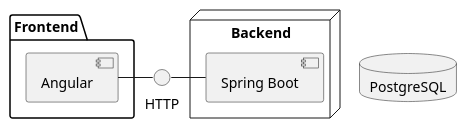
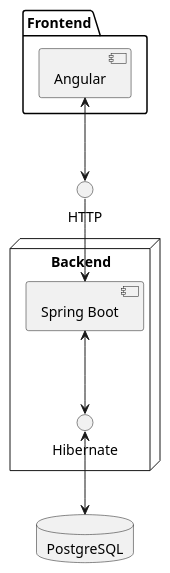
One commit to geyuqiu/spermMeetsEggPlan changed the diagram in arc42/puml/architecture.puml. Above: the diagram before and after it, drawn with PlantUML. The commit also changed 2 other files, not shown here.

```diff
--- a/arc42/puml/architecture.puml
+++ b/arc42/puml/architecture.puml
@@ -1,35 +1,23 @@
 @startuml
 
 package "Frontend" {
   [Angular]
 '  [Another Component]
 }
 
-[Angular] - HTTP
+[Angular] <--> HTTP
 
 
 node "Backend" {
   [Spring Boot]
-'  [Angular] --> FTP
+  [Spring Boot] <--> Hibernate
 }
 
-HTTP - [Spring Boot]
-'cloud {
-'  [Example 1]
-'}
+HTTP --> [Spring Boot]
+Hibernate <--> [PostgreSQL]
 
 database "PostgreSQL" {
-'  folder "This is my folder" {
-'    [Folder 3]
-'  }
-'  frame "Foo" {
-'    [Frame 4]
-'  }
 }
 
 
-'[Another Component] --> [Example 1]
-'[Example 1] --> [Folder 3]
-'[Folder 3] --> [Frame 4]
-
 @enduml
```
